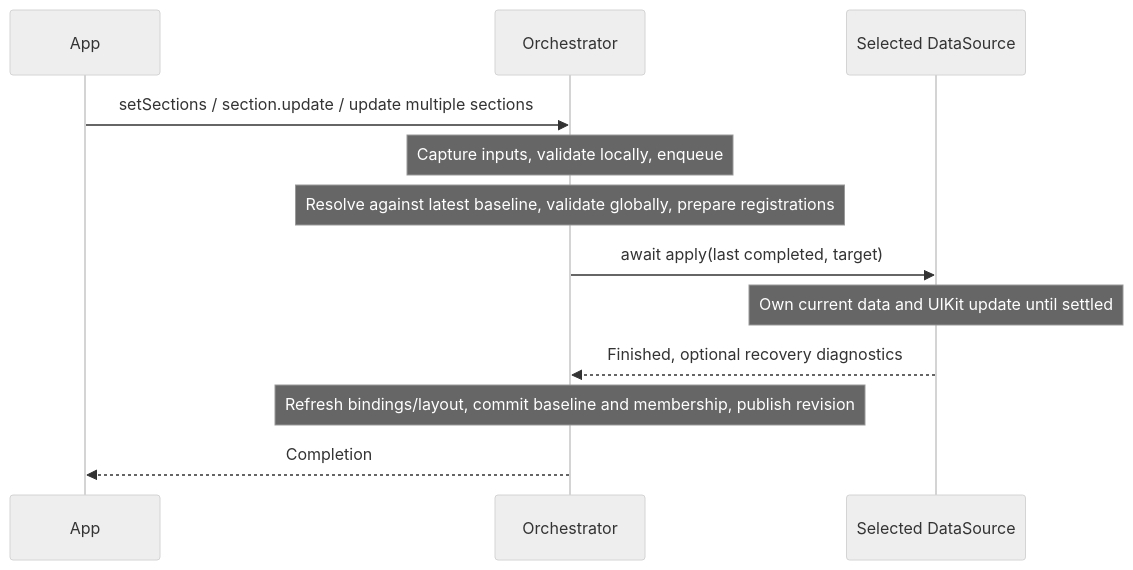
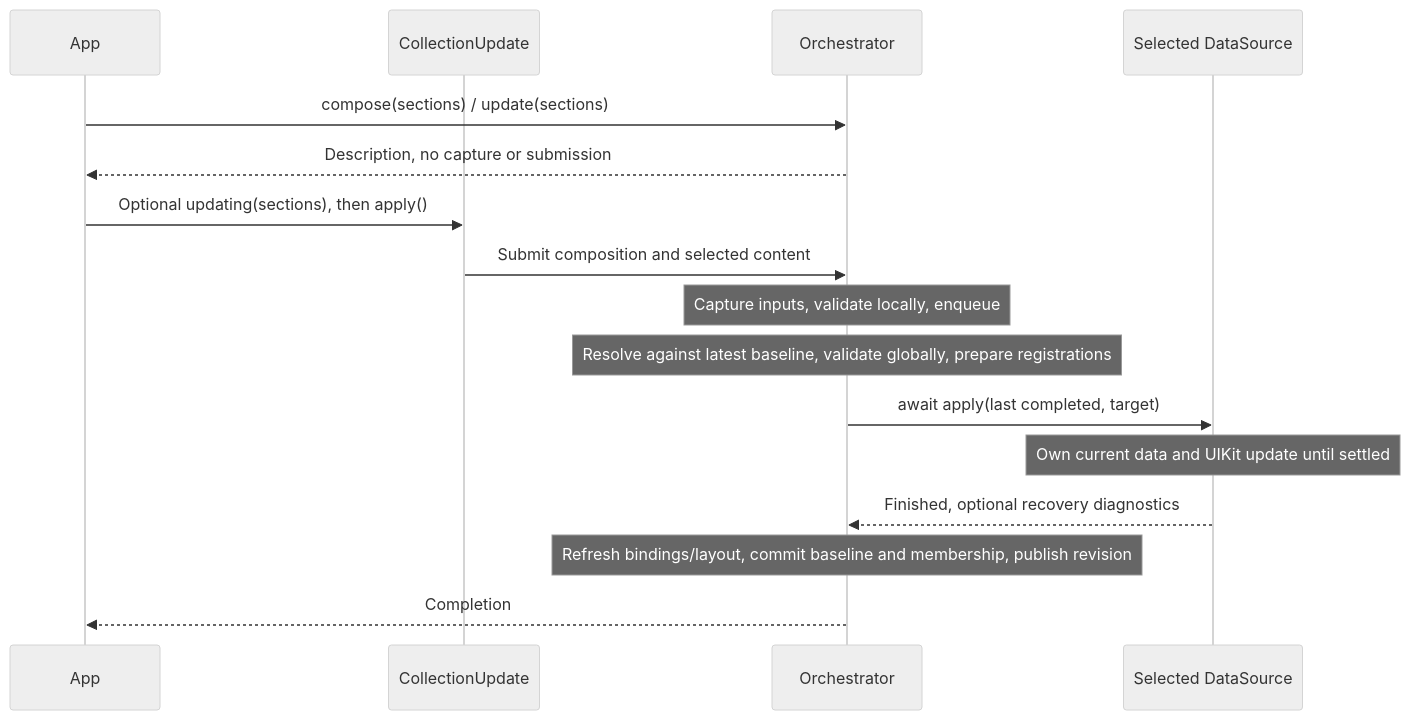
One commit to Weixi779/Parade changed the second of 5 diagrams in Docs/Architecture.md. Above: the diagram before and after it, drawn with Mermaid (neutral theme). The commit also changed other lines of this file and 15 other files, not shown here.

````diff
--- a/Docs/Architecture.md
+++ b/Docs/Architecture.md
@@ -185,14 +187,18 @@
 ```mermaid
 sequenceDiagram
     participant App
+    participant Update as CollectionUpdate
     participant Orchestrator
     participant Source as Selected DataSource
-    App->>Orchestrator: setSections / section.update / update multiple sections
+    App->>Orchestrator: compose(sections) / update(sections)
+    Orchestrator-->>App: Description, no capture or submission
+    App->>Update: Optional updating(sections), then apply()
+    Update->>Orchestrator: Submit composition and selected content
     Note over Orchestrator: Capture inputs, validate locally, enqueue
     Note over Orchestrator: Resolve against latest baseline, validate globally, prepare registrations
     Orchestrator->>Source: await apply(last completed, target)
     Note over Source: Own current data and UIKit update until settled
     Source-->>Orchestrator: Finished, optional recovery diagnostics
     Note over Orchestrator: Refresh bindings/layout, commit baseline and membership, publish revision
     Orchestrator-->>App: Completion
 ```
````
